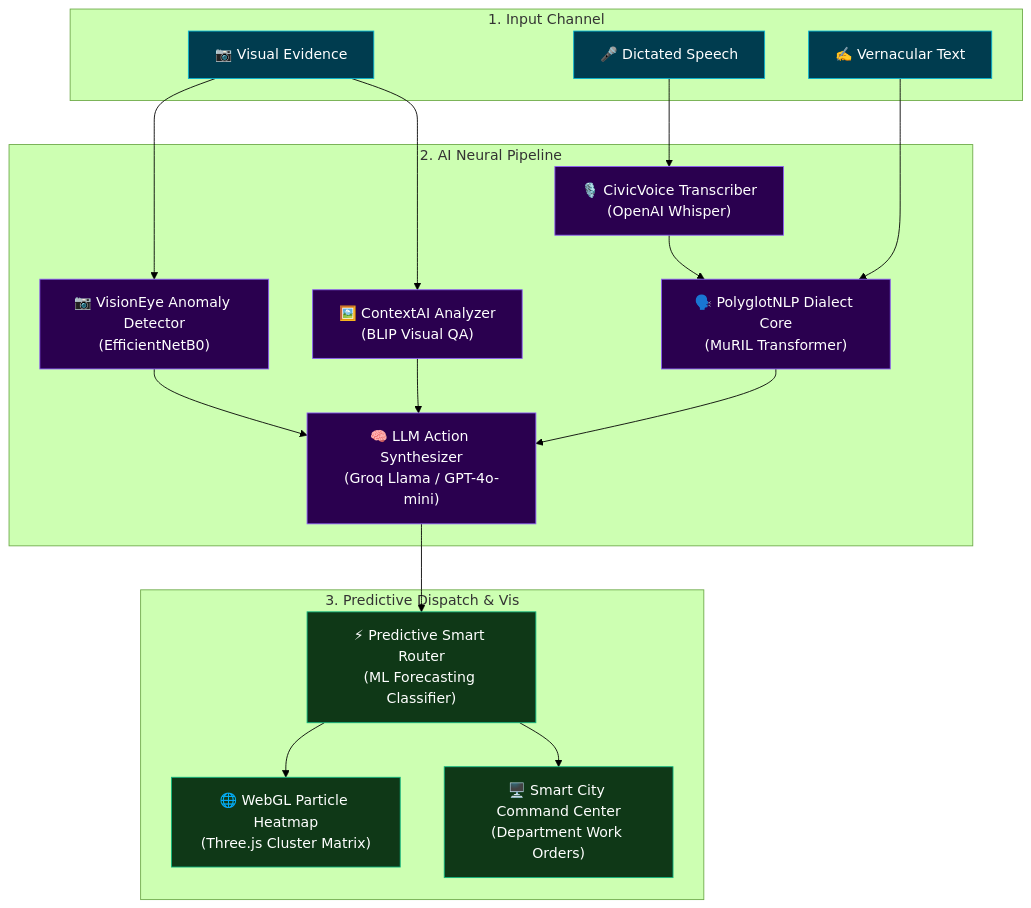
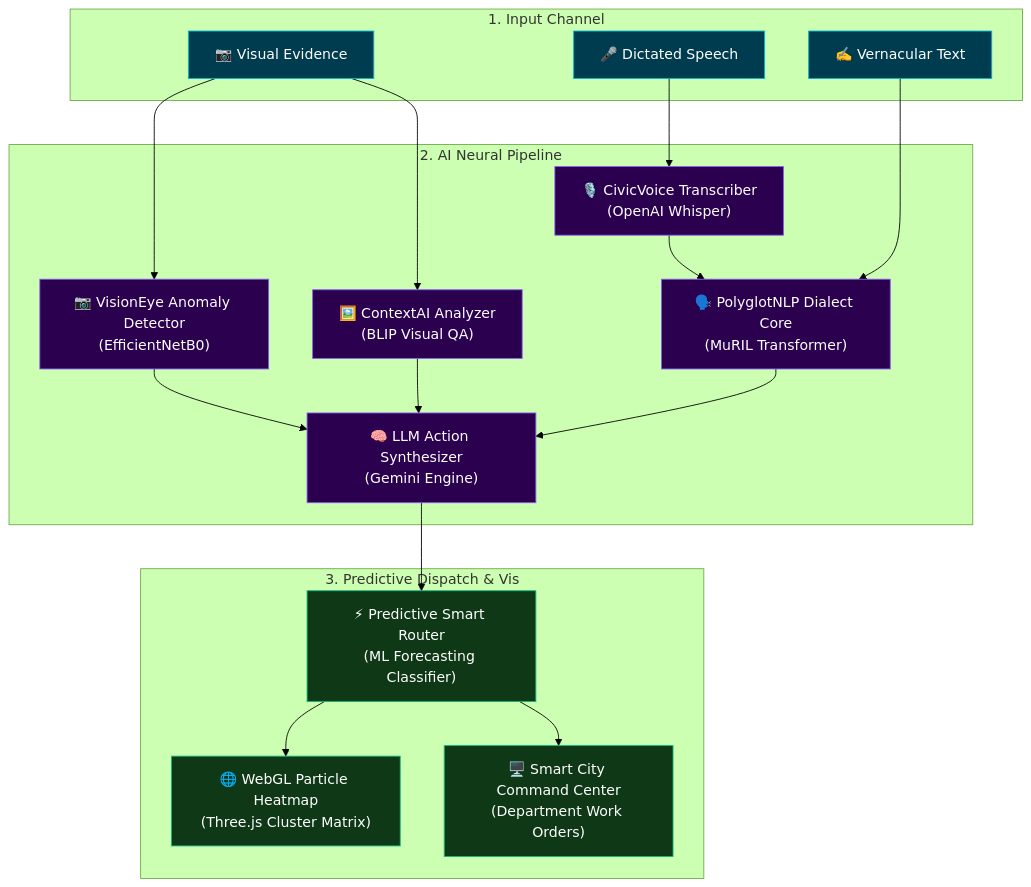
One commit to Yash913212/Civic-Connect changed the diagram in README.md. Above: the diagram before and after it, drawn with Mermaid (forest theme). The commit also changed other lines of this file and 370 other files, not shown here.

````diff
--- a/README.md
+++ b/README.md
@@ -40,44 +21,51 @@
 ```mermaid
 graph TD
+    %% Citizen Node Input
     subgraph Input ["1. Input Channel"]
         Image[📷 Visual Evidence]
         Audio[🎤 Dictated Speech]
         Text[✍️ Vernacular Text]
     end
 
+    %% AI Pipeline
     subgraph AI ["2. AI Neural Pipeline"]
         Vision["📷 VisionEye Anomaly Detector<br/>(EfficientNetB0)"]
         BLIP["🖼️ ContextAI Analyzer<br/>(BLIP Visual QA)"]
         NLP["🗣️ PolyglotNLP Dialect Core<br/>(MuRIL Transformer)"]
         Whisper["🎙️ CivicVoice Transcriber<br/>(OpenAI Whisper)"]
-        LLM["🧠 LLM Action Synthesizer<br/>(Groq Llama / GPT-4o-mini)"]
+        
+        Gemini["🧠 LLM Action Synthesizer<br/>(Gemini Engine)"]
     end
 
+    %% Routing and Visuals
     subgraph Action ["3. Predictive Dispatch & Vis"]
         Router["⚡ Predictive Smart Router<br/>(ML Forecasting Classifier)"]
         Heatmap["🌐 WebGL Particle Heatmap<br/>(Three.js Cluster Matrix)"]
         Command["🖥️ Smart City Command Center<br/>(Department Work Orders)"]
     end
 
+    %% Mapping inputs to AI layers
     Image --> Vision
     Image --> BLIP
     Audio --> Whisper --> NLP
     Text --> NLP
 
-    Vision --> LLM
-    BLIP --> LLM
-    NLP --> LLM
-
-    LLM --> Router
+    %% Intermediate processing
+    Vision --> Gemini
+    BLIP --> Gemini
+    NLP --> Gemini
+    
+    %% Action Routing
+    Gemini --> Router
     Router --> Heatmap
     Router --> Command
-
+    
     classDef default fill:#090d16,stroke:#1e293b,color:#fff;
     classDef input fill:#003c4f,stroke:#06b6d4,color:#fff;
     classDef ai fill:#2a004f,stroke:#8b5cf6,color:#fff;
     classDef action fill:#0f3817,stroke:#10b981,color:#fff;
-
+    
     class Image,Audio,Text input;
-    class Vision,BLIP,NLP,Whisper,LLM ai;
+    class Vision,BLIP,NLP,Whisper,Gemini ai;
     class Router,Heatmap,Command action;
 ```
````
